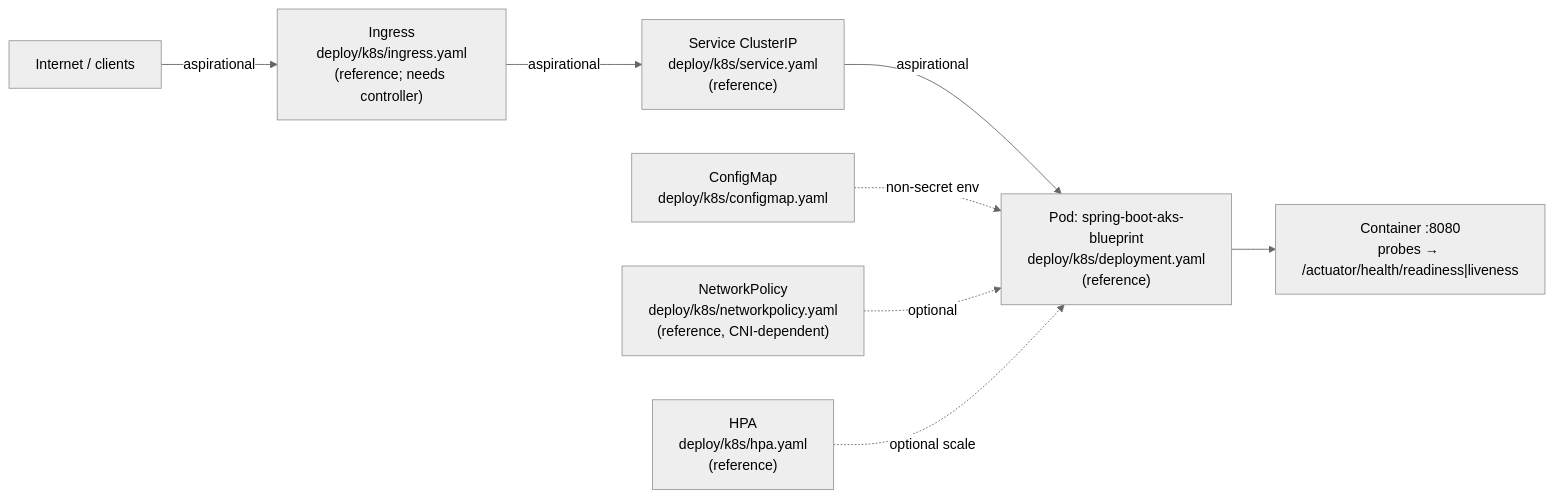
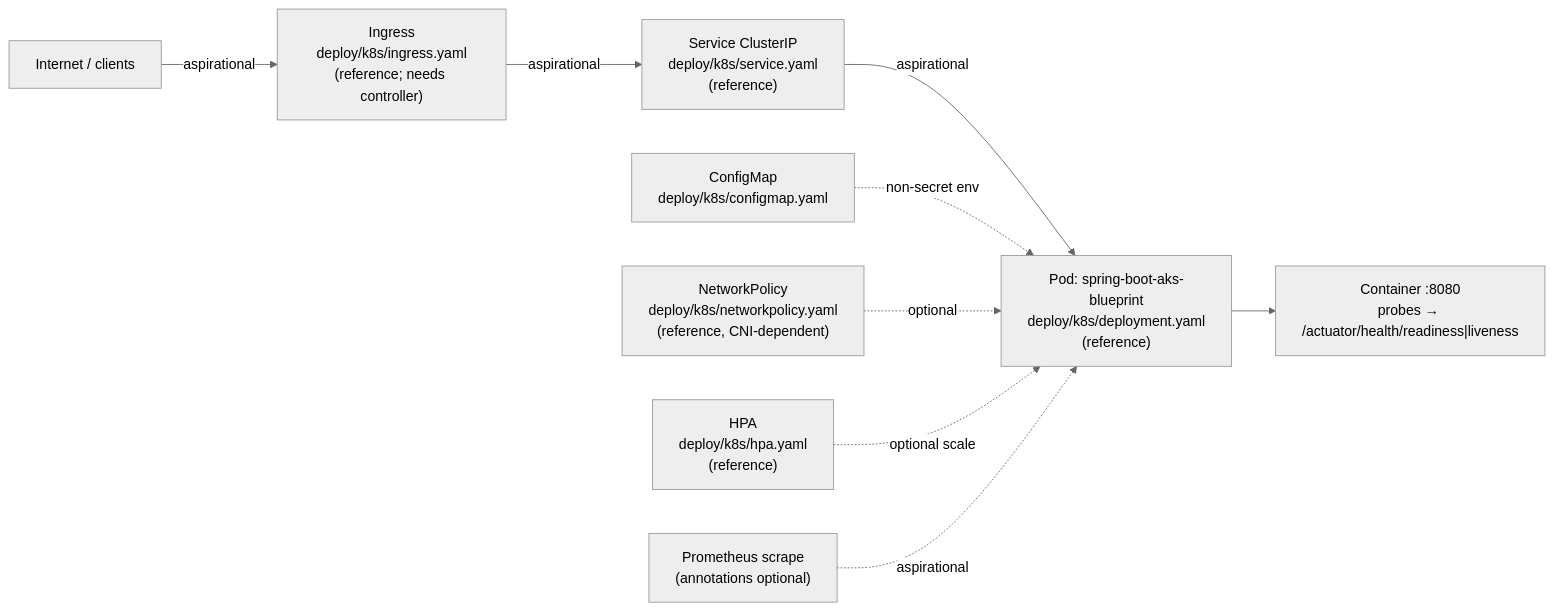
One commit to rmkr-dev/spring-boot-aks-blueprint changed the second of 2 diagrams in docs/architecture/network-diagram.md. Above: the diagram before and after it, drawn with Mermaid (neutral theme). The commit also changed other lines of this file and 2 other files, not shown here.

First line of the commit message:
docs: README + network diagram for v1.2.0 surfaces (#56)

````diff
--- a/docs/architecture/network-diagram.md
+++ b/docs/architecture/network-diagram.md
@@ -26,10 +27,11 @@
 ```mermaid
 flowchart LR
   Internet["Internet / clients"] -->|"aspirational"| Ing["Ingress<br/>deploy/k8s/ingress.yaml<br/>(reference; needs controller)"]
   Ing -->|"aspirational"| Svc["Service ClusterIP<br/>deploy/k8s/service.yaml<br/>(reference)"]
   Svc -->|"aspirational"| Pod["Pod: spring-boot-aks-blueprint<br/>deploy/k8s/deployment.yaml<br/>(reference)"]
   Pod --> App["Container :8080<br/>probes → /actuator/health/readiness|liveness"]
   CM["ConfigMap<br/>deploy/k8s/configmap.yaml"] -.->|"non-secret env"| Pod
   NP["NetworkPolicy<br/>deploy/k8s/networkpolicy.yaml<br/>(reference, CNI-dependent)"] -.->|"optional"| Pod
   HPA["HPA<br/>deploy/k8s/hpa.yaml<br/>(reference)"] -.->|"optional scale"| Pod
+  Prom["Prometheus scrape<br/>(annotations optional)"] -.->|"aspirational"| Pod
 ```
````
